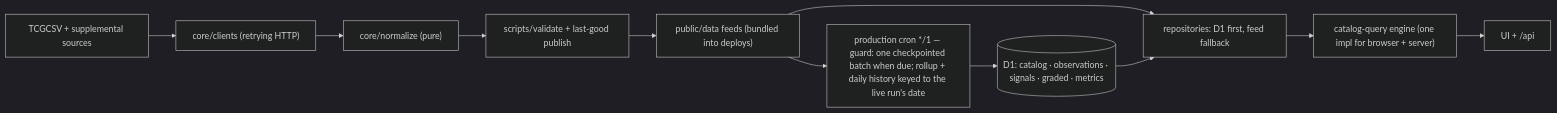
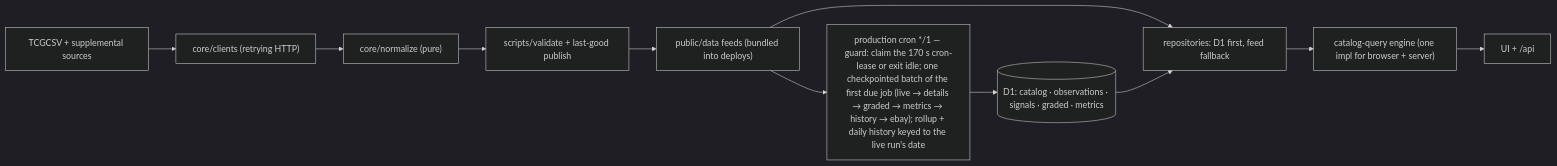
One commit to cjord/rawsignal changed the third of 3 diagrams in docs/helicopter-view.md. Above: the diagram before and after it, drawn with Mermaid (dark theme). The commit also changed other lines of this file and 25 other files, not shown here.

````diff
--- a/docs/helicopter-view.md
+++ b/docs/helicopter-view.md
@@ -103,18 +106,18 @@
 ```mermaid
 flowchart LR
   src["TCGCSV + supplemental sources"]
   clients["core/clients (retrying HTTP)"]
   norm["core/normalize (pure)"]
   val["scripts/validate + last-good publish"]
   pub["public/data feeds (bundled into deploys)"]
-  cron["production cron */1 — guard: one checkpointed batch when due; rollup + daily history keyed to the live run's date"]
+  cron["production cron */1 — guard: claim the 170 s cron-lease or exit idle; one checkpointed batch of the first due job (live → details → graded → metrics → history → ebay); rollup + daily history keyed to the live run's date"]
   d1[("D1: catalog · observations · signals · graded · metrics")]
   repos["repositories: D1 first, feed fallback"]
   engine["catalog-query engine (one impl for browser + server)"]
   uiEnd["UI + /api"]
 
   src --> clients --> norm --> val --> pub
   pub --> cron --> d1
   pub --> repos
   d1 --> repos --> engine --> uiEnd
 ```
````
